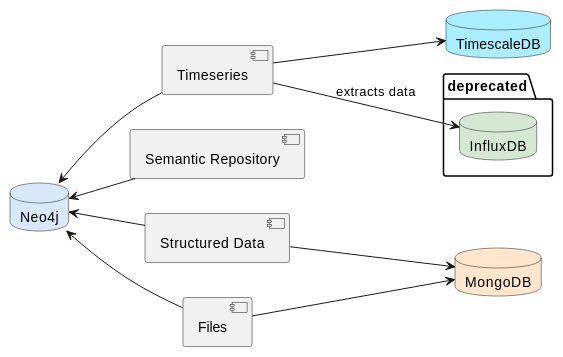
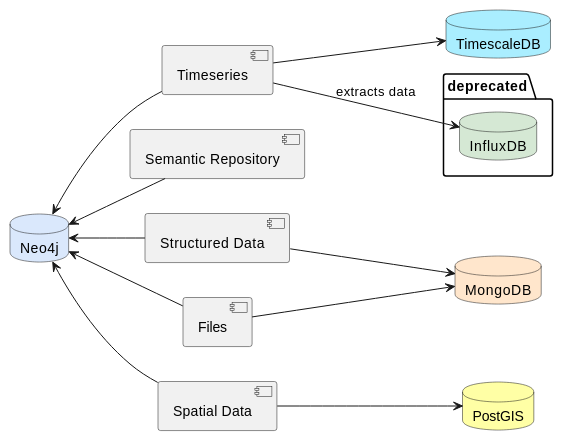
The third of 6 diagrams in architecture/src/05_building_block_view/index.adoc (noheton/shepard), drawn with PlantUML before and after one commit. The commit also changed other lines of this file and 7 other files, not shown here.

Commit message:
#505 Spatial Data: Prepare feature release

```diff
--- a/architecture/src/05_building_block_view/index.adoc
+++ b/architecture/src/05_building_block_view/index.adoc
@@ -129,32 +133,36 @@
 [plantuml, "{plantUMLDir}level-3-overview", png]
 ----
 @startuml Level 3 Overview
 left to right direction
 
 [Timeseries] as timeseries
 [Structured Data] as structureddata
 [Files] as files
 [Semantic Repository] as semantic
+[Spatial Data] as spatial
 
 package "deprecated" {
   database "InfluxDB" as influxdb #D5E8D4
 }
 
 database "Neo4j" as neo4j #DAE8FC
 database "TimescaleDB" as timescaledb #AAEEFF
 database "MongoDB" as mongodb #FFE6CC
+database "PostGIS" as postgis #FFFFA5
 
 timeseries --> influxdb: extracts data
 
 neo4j <-- timeseries
 neo4j <-- structureddata
 neo4j <-- files
 neo4j <-- semantic
+neo4j <-- spatial
 timeseries --> timescaledb
 structureddata --> mongodb
 files --> mongodb
+spatial --> postgis
 
 timeseries -[hidden]> semantic
 
 @enduml
 ----
```
